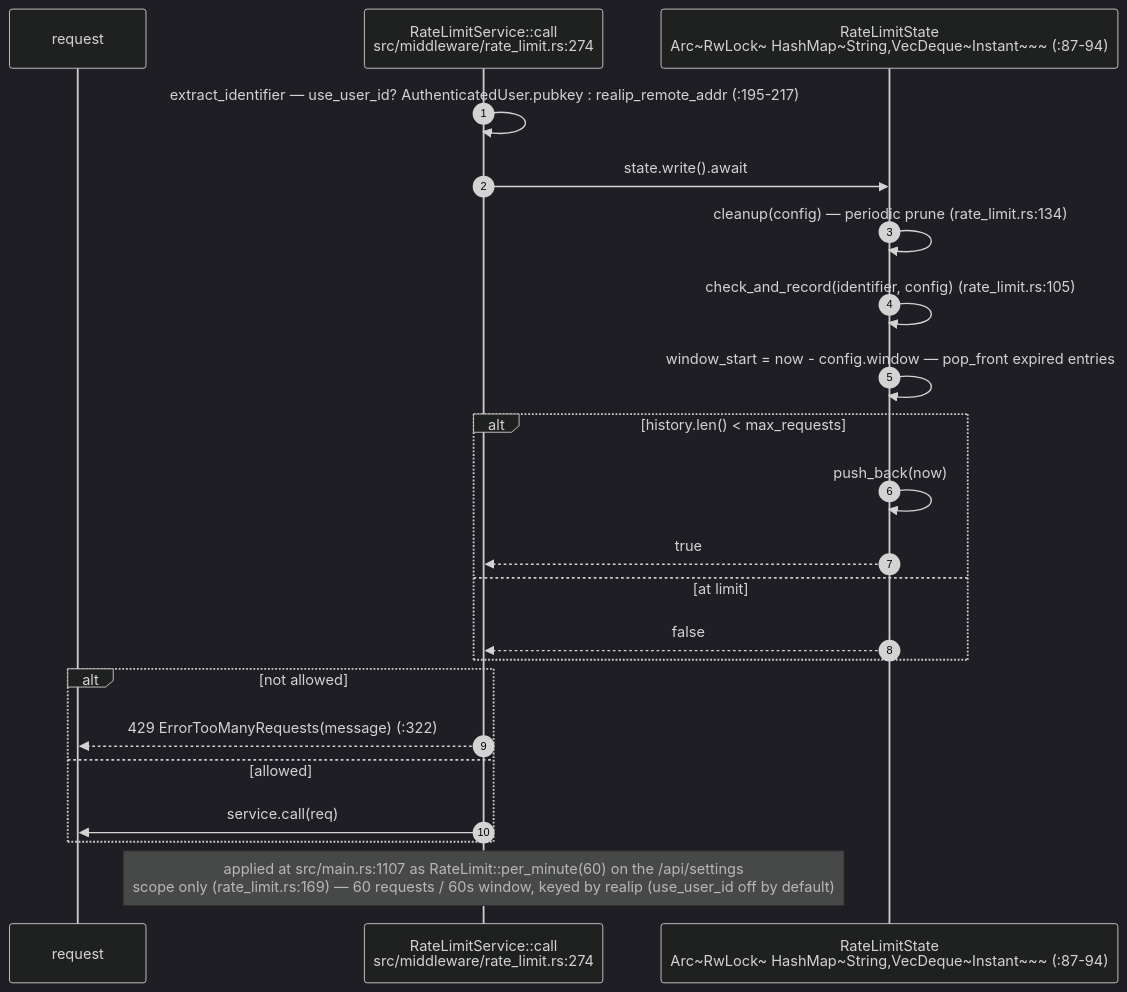
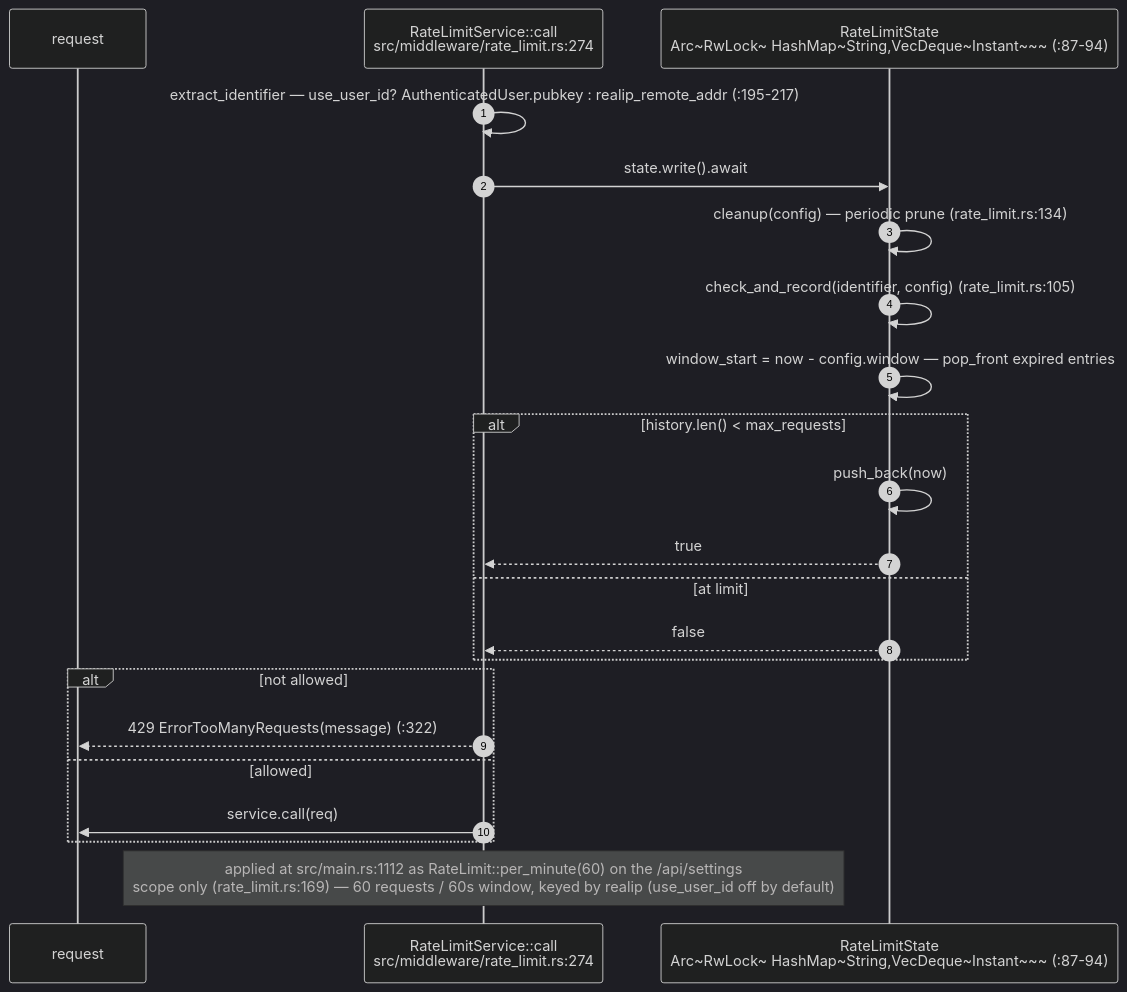
Diagram 11 of 14 in docs/diagrams/visionclaw/03-request-lifecycle-and-rbac.md (DreamLab-AI/VisionFlow), drawn with Mermaid (dark theme) before and after one commit. The commit also changed other lines of this file and 136 other files, not shown here.

First line of the commit message:
docs(diagrams): refresh the whole corpus to code HEAD and prune low-value diagrams

````diff
--- a/docs/diagrams/visionclaw/03-request-lifecycle-and-rbac.md
+++ b/docs/diagrams/visionclaw/03-request-lifecycle-and-rbac.md
@@ -493,25 +477,25 @@
 ```mermaid
 sequenceDiagram
     autonumber
     participant R as request
     participant RL as RateLimitService::call<br/>src/middleware/rate_limit.rs:274
     participant ST as RateLimitState<br/>Arc~RwLock~ HashMap~String,VecDeque~Instant~~~ (:87-94)
 
     RL->>RL: extract_identifier — use_user_id? AuthenticatedUser.pubkey : realip_remote_addr (:195-217)
     RL->>ST: state.write().await
     ST->>ST: cleanup(config) — periodic prune (rate_limit.rs:134)
     ST->>ST: check_and_record(identifier, config) (rate_limit.rs:105)
     ST->>ST: window_start = now - config.window — pop_front expired entries
     alt history.len() < max_requests
         ST->>ST: push_back(now)
         ST-->>RL: true
     else at limit
         ST-->>RL: false
     end
     alt not allowed
         RL-->>R: 429 ErrorTooManyRequests(message) (:322)
     else allowed
         RL->>R: service.call(req)
     end
-    Note over RL: applied at src/main.rs:1107 as RateLimit::per_minute(60) on the /api/settings<br/>scope only (rate_limit.rs:169) — 60 requests / 60s window, keyed by realip (use_user_id off by default)
+    Note over RL: applied at src/main.rs:1112 as RateLimit::per_minute(60) on the /api/settings<br/>scope only (rate_limit.rs:169) — 60 requests / 60s window, keyed by realip (use_user_id off by default)
 ```
````
